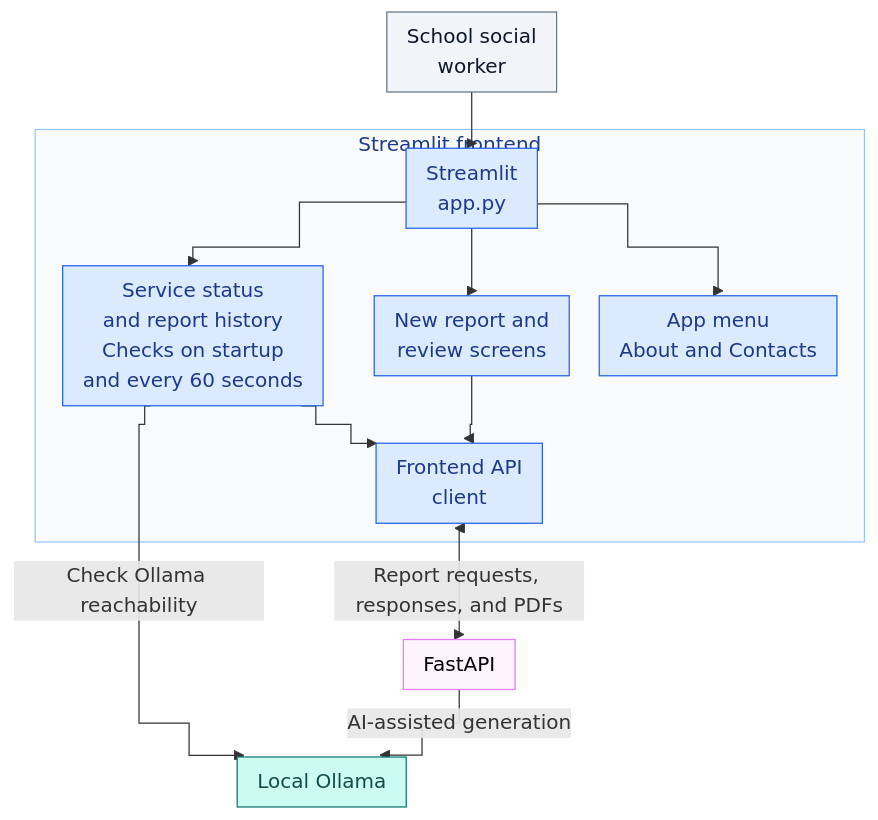
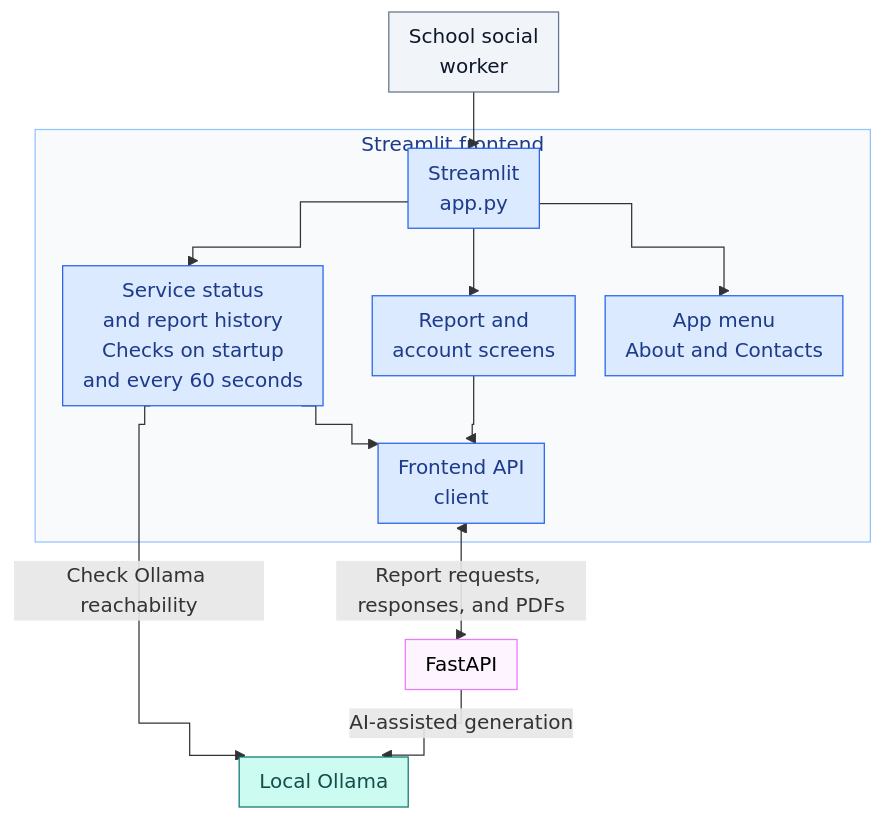
Before and after one commit to OllieOzzy/cmsc495-social-worker-ai-assistant: the first of 2 diagrams in src/documentation_assistant/frontend/README.md, drawn with Mermaid. The commit also changed other lines of this file and 4 other files, not shown here.

Commit message:
Update guides and diagrams for authenticated 2.0.0 workflows.

````diff
--- a/src/documentation_assistant/frontend/README.md
+++ b/src/documentation_assistant/frontend/README.md
@@ -8,32 +8,32 @@
 ```mermaid
 %%{init: {"flowchart": {"nodeSpacing": 24, "rankSpacing": 30, "padding": 8, "curve": "step"}}}%%
 flowchart TD
     User["School social<br/>worker"]
 
     subgraph Streamlit["Streamlit frontend"]
         UI["Streamlit<br/>app.py"]
         UI --> Sidebar["Service status<br/>and report history<br/>Checks on startup<br/>and every 60 seconds"]
-        UI --> Form["New report and<br/>review screens"]
+        UI --> Form["Report and<br/>account screens"]
         UI --> Menu["App menu<br/>About and Contacts"]
         Sidebar --> Client["Frontend API<br/>client"]
         Form --> Client
     end
 
     API["FastAPI"]
     Ollama["Local Ollama"]
     User --> UI
     Client <-->|"Report requests, responses, and PDFs"| API
     Sidebar -->|"Check Ollama reachability"| Ollama
     API -->|"AI-assisted generation"| Ollama
 
     classDef user fill:#F1F5F9,stroke:#64748B,color:#0F172A
     classDef frontend fill:#DBEAFE,stroke:#2563EB,color:#1E3A8A
     classDef backend fill:#FDF4FF,stroke:#E879F9,color:#000000
     classDef ai fill:#CCFBF1,stroke:#0F766E,color:#134E4A
 
     class User user
     class UI,Sidebar,Form,Menu,Client frontend
     class API backend
     class Ollama ai
     style Streamlit fill:#F8FAFC,stroke:#93C5FD,color:#1E3A8A
 ```
````
